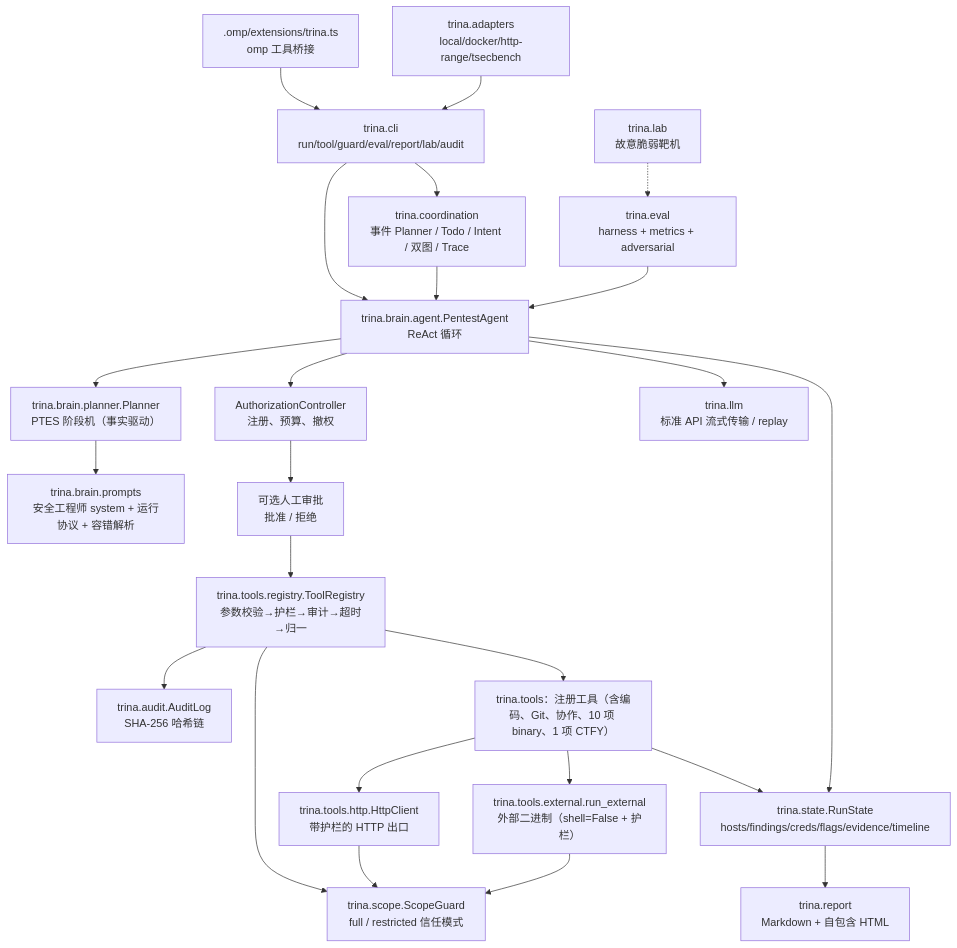
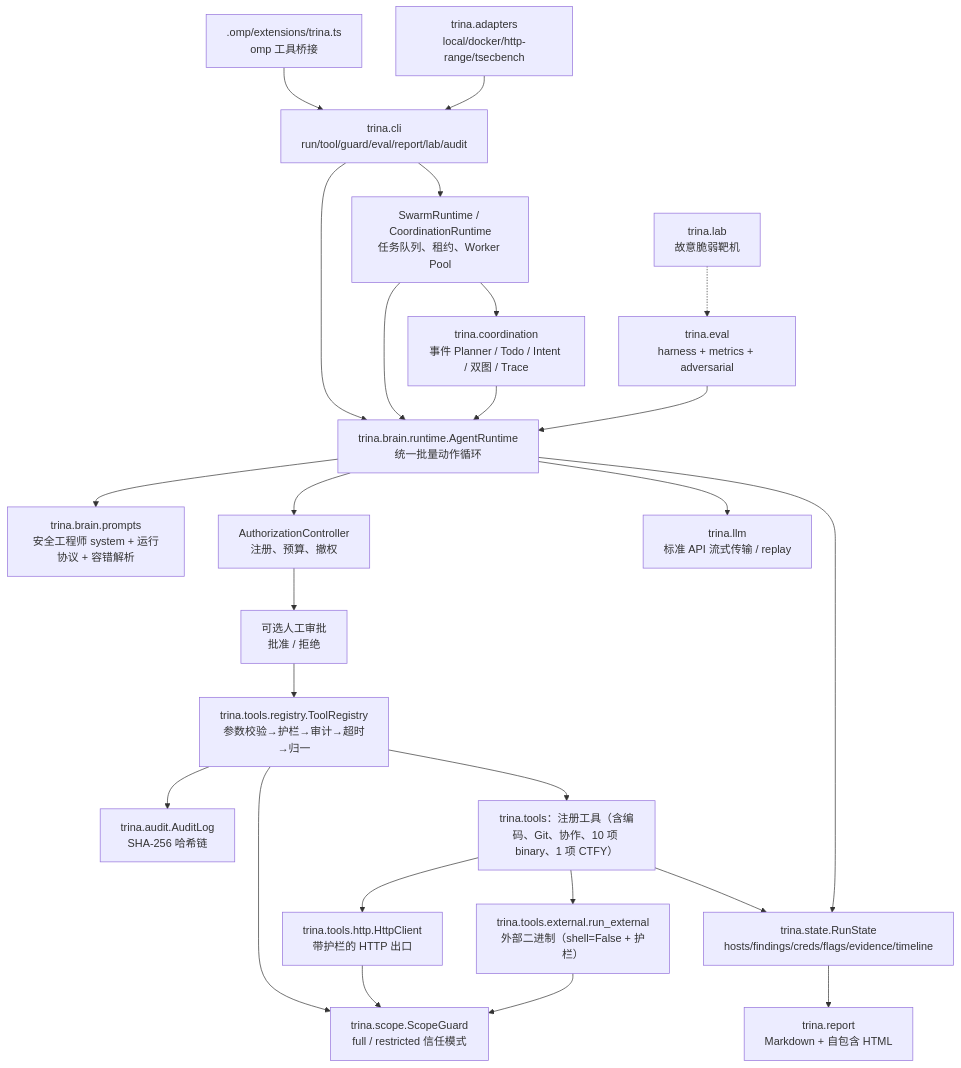
One commit to YHalo-wyh/Trina changed the diagram in docs/ARCHITECTURE.md. Above: the diagram before and after it, drawn with Mermaid. The commit also changed other lines of this file and 36 other files, not shown here.

Commit message:
refactor: unify agent runtime and task state

````diff
--- a/docs/ARCHITECTURE.md
+++ b/docs/ARCHITECTURE.md
@@ -11,42 +13,42 @@
 ```mermaid
 flowchart TB
     CLI["trina.cli<br/>run/tool/guard/eval/report/lab/audit"]
     OMPEXT[".omp/extensions/trina.ts<br/>omp 工具桥接"]
-    AGENT["trina.brain.agent.PentestAgent<br/>ReAct 循环"]
-    PLANNER["trina.brain.planner.Planner<br/>PTES 阶段机（事实驱动）"]
+    AGENT["trina.brain.runtime.AgentRuntime<br/>统一批量动作循环"]
+    SCHED["SwarmRuntime / CoordinationRuntime<br/>任务队列、租约、Worker Pool"]
     PROMPTS["trina.brain.prompts<br/>安全工程师 system + 运行协议 + 容错解析"]
     POLICY["AuthorizationController<br/>注册、预算、撤权"]
     APPROVAL["可选人工审批<br/>批准 / 拒绝"]
     REG["trina.tools.registry.ToolRegistry<br/>参数校验→护栏→审计→超时→归一"]
     GUARD["trina.scope.ScopeGuard<br/>full / restricted 信任模式"]
     AUDIT["trina.audit.AuditLog<br/>SHA-256 哈希链"]
     STATE["trina.state.RunState<br/>hosts/findings/creds/flags/evidence/timeline"]
     COORD["trina.coordination<br/>事件 Planner / Todo / Intent / 双图 / Trace"]
     TOOLS["trina.tools：注册工具（含编码、Git、协作、10 项 binary、1 项 CTFY）"]
     HTTP["trina.tools.http.HttpClient<br/>带护栏的 HTTP 出口"]
     EXT["trina.tools.external.run_external<br/>外部二进制（shell=False + 护栏）"]
     LLM["trina.llm<br/>标准 API 流式传输 / replay"]
     ADAPT["trina.adapters<br/>local/docker/http-range/tsecbench"]
     EVAL["trina.eval<br/>harness + metrics + adversarial"]
     LAB["trina.lab<br/>故意脆弱靶机"]
     REPORT["trina.report<br/>Markdown + 自包含 HTML"]
 
     CLI --> AGENT
-    CLI --> COORD
+    CLI --> SCHED --> COORD
     OMPEXT --> CLI
-    AGENT --> PLANNER --> PROMPTS
+    SCHED --> AGENT --> PROMPTS
     AGENT --> LLM
     COORD --> AGENT
     AGENT --> POLICY --> APPROVAL --> REG
     REG --> GUARD
     REG --> AUDIT
     REG --> TOOLS
     TOOLS --> HTTP --> GUARD
     TOOLS --> EXT --> GUARD
     TOOLS --> STATE
     AGENT --> STATE
     STATE --> REPORT
     ADAPT --> CLI
     EVAL --> AGENT
     LAB -.-> EVAL
 ```
````
